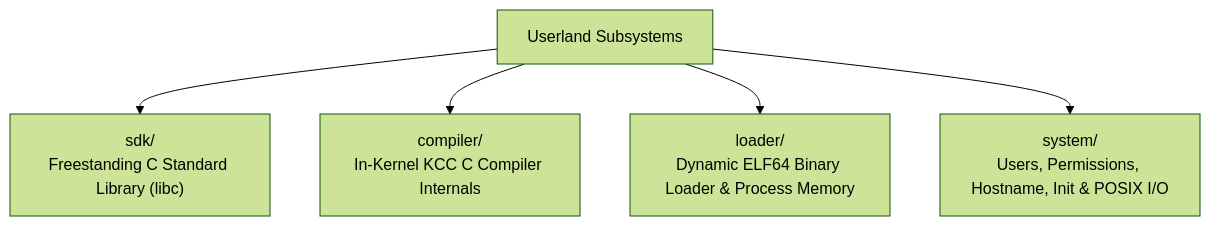
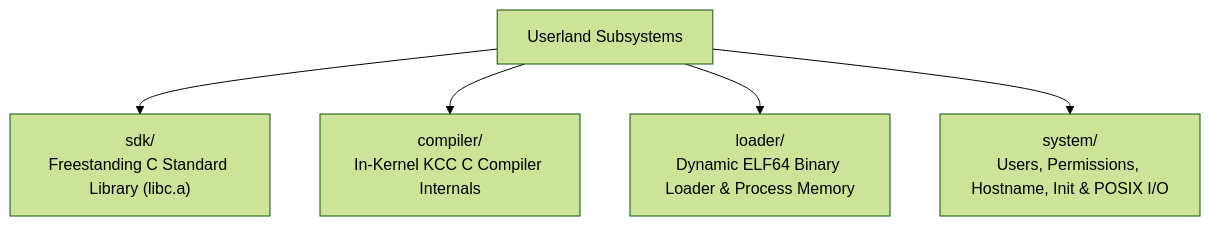
Before and after one commit to mrvlous/keira: the diagram in docs/userland/README.md, drawn with Mermaid (forest theme). The commit also changed other lines of this file and 8 other files, not shown here.

Commit message:
feat(user): decouple freestanding libc archive and introduce sysinfo utility

````diff
--- a/docs/userland/README.md
+++ b/docs/userland/README.md
@@ -11,7 +11,7 @@
 ```mermaid
 graph TD
-    Userland["Userland Subsystems"] --> SDK["sdk/<br/>Freestanding C Standard Library (libc)"]
+    Userland["Userland Subsystems"] --> SDK["sdk/<br/>Freestanding C Standard Library (libc.a)"]
     Userland --> Compiler["compiler/<br/>In-Kernel KCC C Compiler Internals"]
     Userland --> Loader["loader/<br/>Dynamic ELF64 Binary Loader & Process Memory"]
     Userland --> System["system/<br/>Users, Permissions, Hostname, Init & POSIX I/O"]
 ```
````
